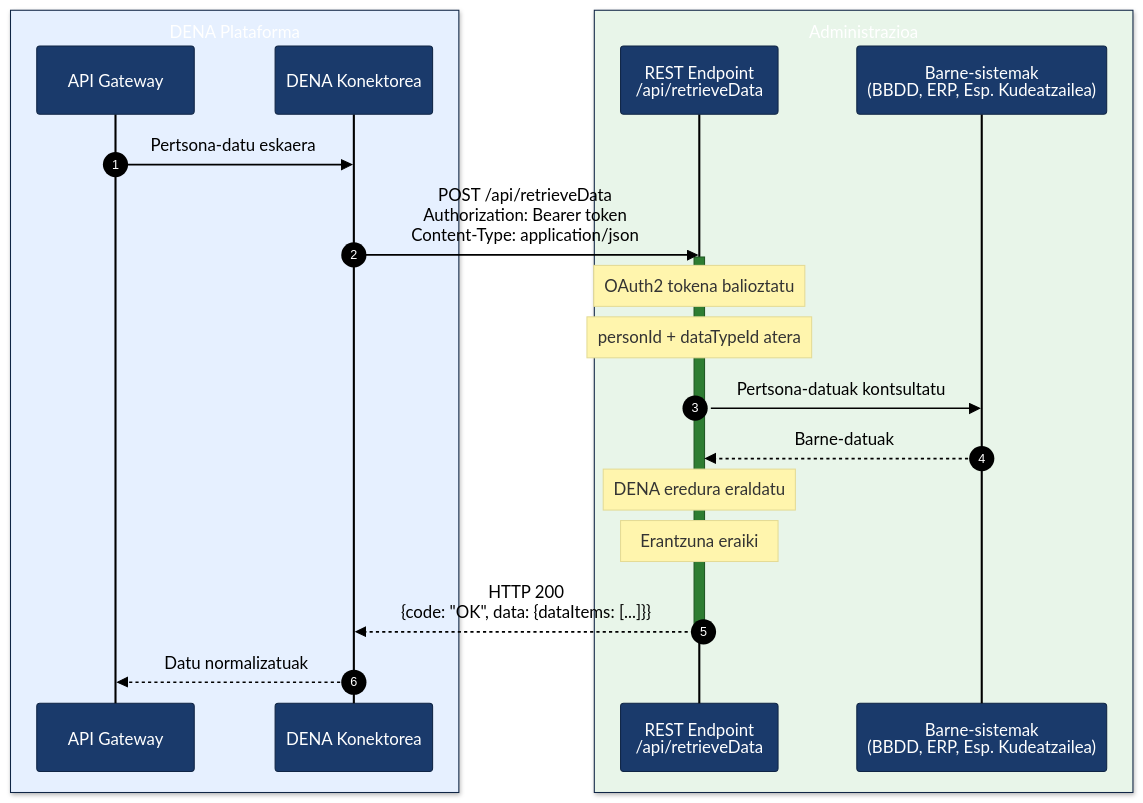
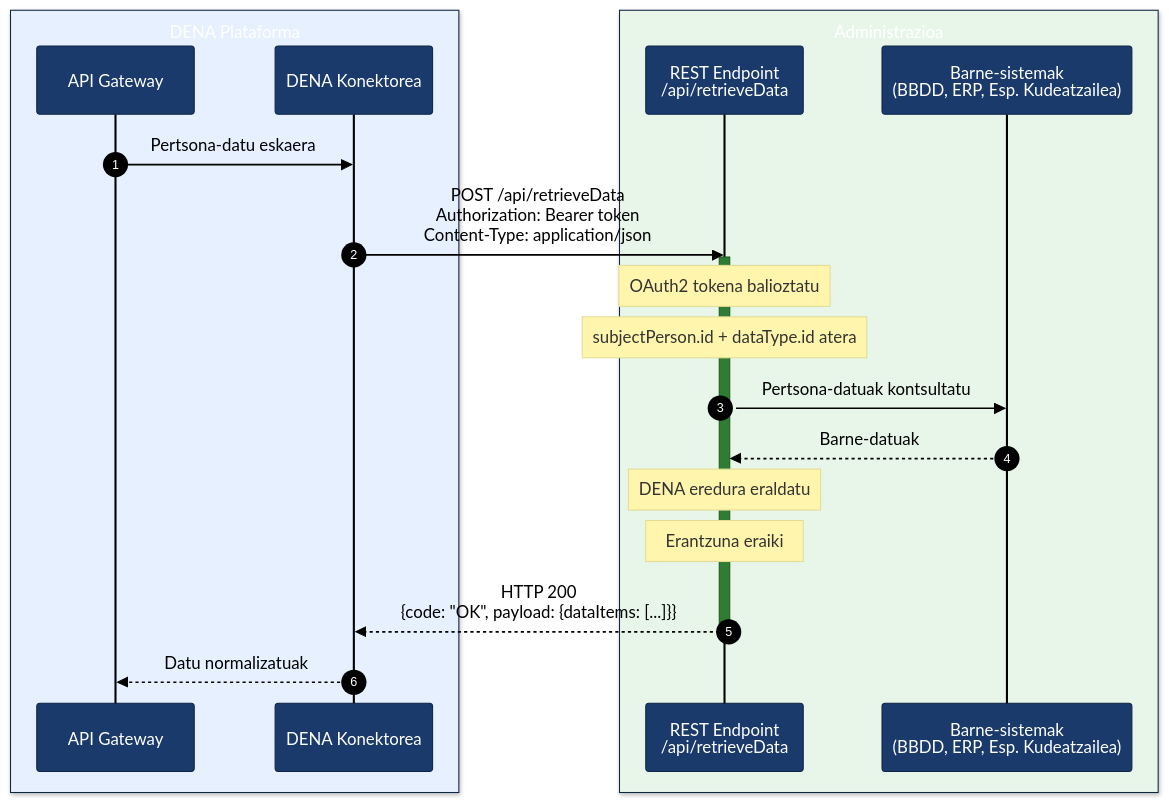
Before and after one commit to DENA-Euskadi/dena-euskadi.github.io: the diagram in docs/semantica/data-retrieve/guia-implementacion.eu.md, drawn with Mermaid. The commit also changed other lines of this file and 117 other files, not shown here.

````diff
--- a/docs/semantica/data-retrieve/guia-implementacion.eu.md
+++ b/docs/semantica/data-retrieve/guia-implementacion.eu.md
@@ -11,41 +11,41 @@
 ```mermaid
 ---
 config:
   theme: base
   themeVariables:
     primaryColor: "#1A3A6B"
     primaryTextColor: "#FFFFFF"
     primaryBorderColor: "#0F2545"
     lineColor: "#000000"
     secondaryColor: "#2E7D32"
     tertiaryColor: "#F5F5F5"
     fontSize: "13px"
     sequenceNumberColor: "#FFFFFF"
     actorLineColor: "#000000"
     signalColor: "#000000"
     signalTextColor: "#000000"
 ---
 sequenceDiagram
     autonumber
     box rgb(230,240,255) DENA Plataforma
         participant GW as API Gateway
         participant CONN as DENA Konektorea
     end
     box rgb(232,245,233) Administrazioa
         participant ADMIN as REST Endpoint<br/>/api/retrieveData
         participant SYS as Barne-sistemak<br/>(BBDD, ERP, Esp. Kudeatzailea)
     end
 
     GW->>CONN: Pertsona-datu eskaera
     CONN->>ADMIN: POST /api/retrieveData<br/>Authorization: Bearer token<br/>Content-Type: application/json
     activate ADMIN
     Note over ADMIN: OAuth2 tokena balioztatu
-    Note over ADMIN: personId + dataTypeId atera
+    Note over ADMIN: subjectPerson.id + dataType.id atera
     ADMIN->>SYS: Pertsona-datuak kontsultatu
     SYS-->>ADMIN: Barne-datuak
     Note over ADMIN: DENA eredura eraldatu
     Note over ADMIN: Erantzuna eraiki
-    ADMIN-->>CONN: HTTP 200<br/>{code: "OK", data: {dataItems: [...]}}
+    ADMIN-->>CONN: HTTP 200<br/>{code: "OK", payload: {dataItems: [...]}}
     deactivate ADMIN
     CONN-->>GW: Datu normalizatuak
 ```
````
